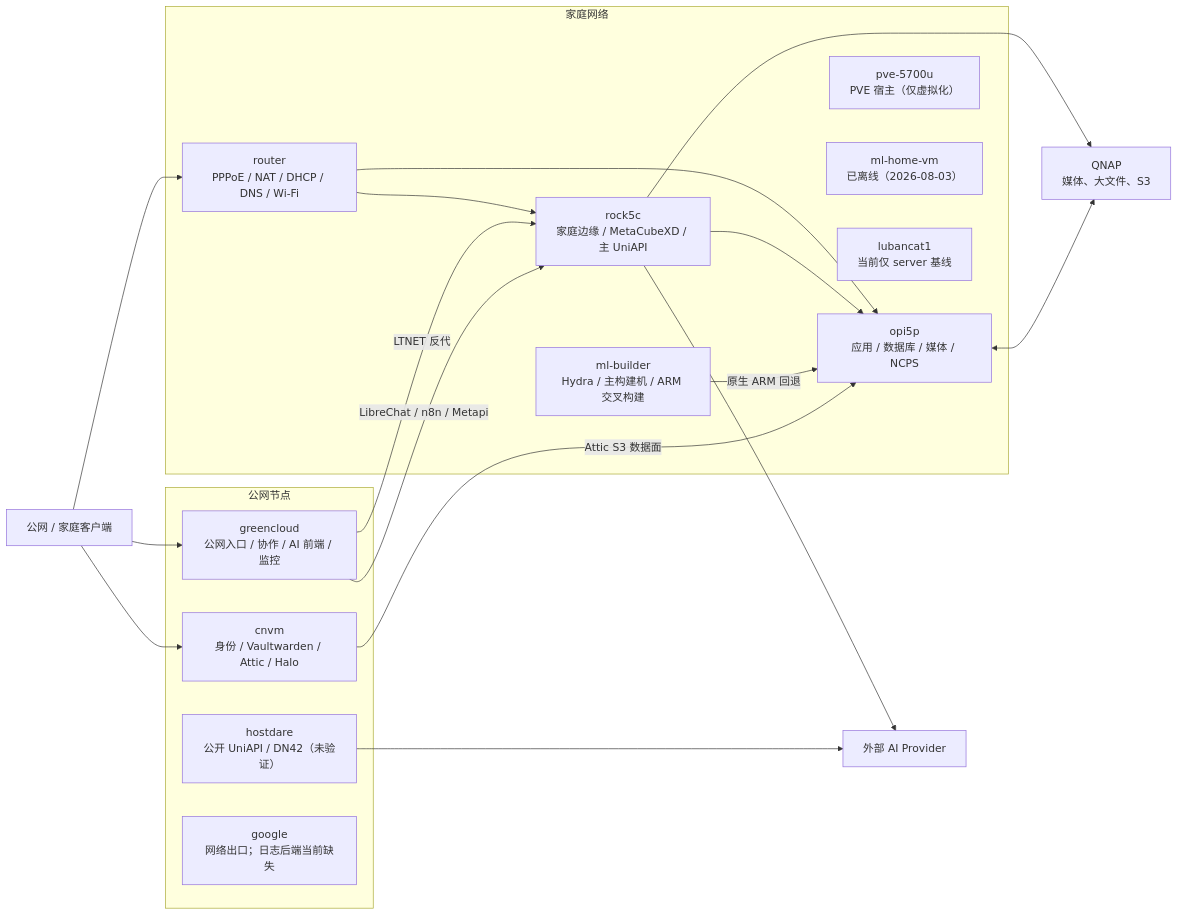
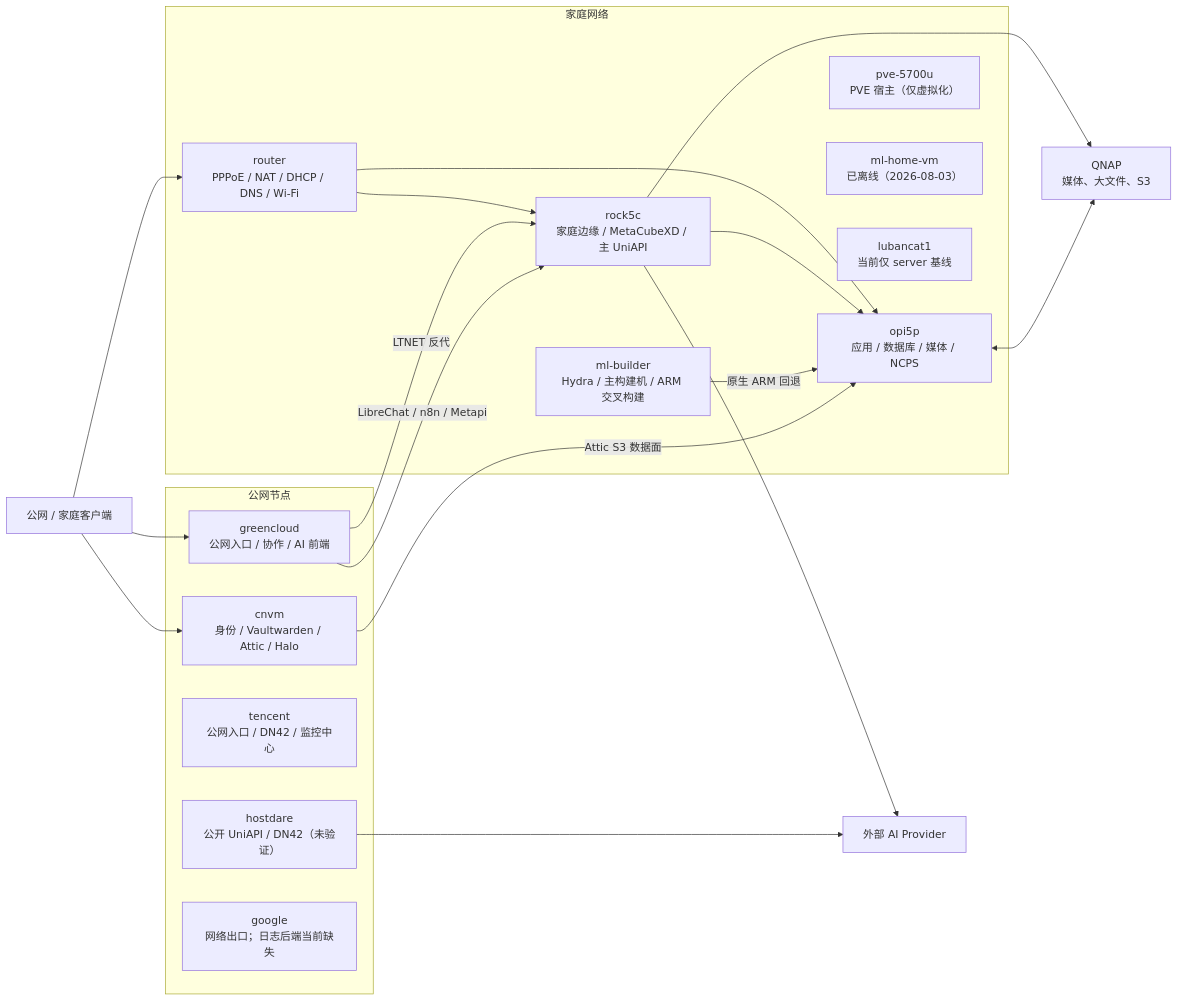
Before and after one commit to zhyiheihei/nixos-config: the diagram in docs/infrastructure/fleet-service-chain.md, drawn with Mermaid. The commit also changed other lines of this file and 2 other files, not shown here.

First line of the commit message:
docs(monitoring): monitoring stack moved greencloud -> tencent (2026-08-14)

````diff
--- a/docs/infrastructure/fleet-service-chain.md
+++ b/docs/infrastructure/fleet-service-chain.md
@@ -20,38 +20,39 @@
 ```mermaid
 flowchart LR
   Client["公网 / 家庭客户端"]
   Provider["外部 AI Provider"]
   QNAP["QNAP\n媒体、大文件、S3"]
 
   subgraph Public["公网节点"]
     CNVM["cnvm\n身份 / Vaultwarden / Attic / Halo"]
-    Colo["greencloud\n公网入口 / 协作 / AI 前端 / 监控"]
+    Colo["greencloud\n公网入口 / 协作 / AI 前端"]
+    TENCENT["tencent\n公网入口 / DN42 / 监控中心"]
     HOSTDARE["hostdare\n公开 UniAPI / DN42（未验证）"]
     GOOGLE["google\n网络出口；日志后端当前缺失"]
   end
 
   subgraph Home["家庭网络"]
     Router["router\nPPPoE / NAT / DHCP / DNS / Wi-Fi"]
     Rock["rock5c\n家庭边缘 / MetaCubeXD / 主 UniAPI"]
     OPI["opi5p\n应用 / 数据库 / 媒体 / NCPS"]
     PVE["pve-5700u\nPVE 宿主（仅虚拟化）"]
     Builder["ml-builder\nHydra / 主构建机 / ARM 交叉构建"]
     OldVM["ml-home-vm\n已离线（2026-08-03）"]
     Luban["lubancat1\n当前仅 server 基线"]
   end
 
   Client --> Colo
   Client --> CNVM
   Client --> Router
   Router --> Rock
   Router --> OPI
   Colo -->|"LTNET 反代"| Rock
   Rock --> OPI
   Rock --> QNAP
   OPI <--> QNAP
   Colo -->|"LibreChat / n8n / Metapi"| Rock
   Rock --> Provider
   HOSTDARE --> Provider
   Builder -->|"原生 ARM 回退"| OPI
   CNVM -->|"Attic S3 数据面"| OPI
 ```
````
